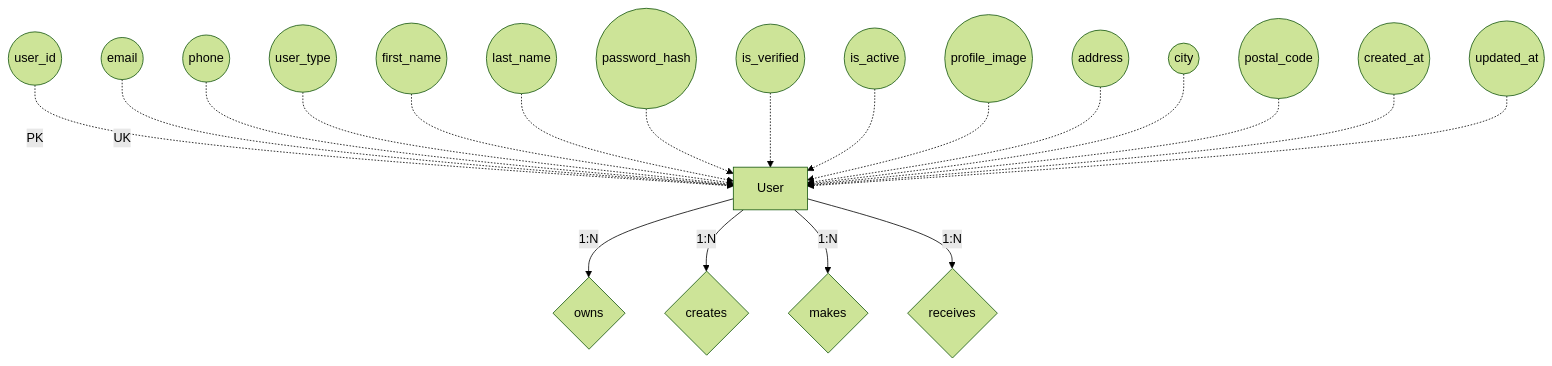
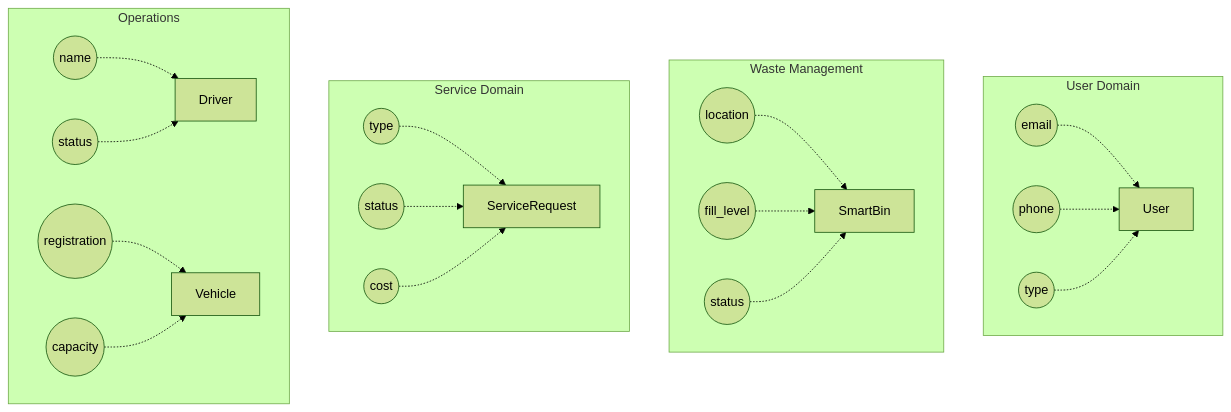
The third of 8 diagrams in documentation/wasgo-erd.md (Ellis-Ayikwei/waste-wise), drawn with Mermaid (forest theme) before and after one commit. The commit also changed other lines of this file, not shown here.

Commit message:
Refactor ERD documentation to high-level conceptual view with simplified diagrams

````diff
--- a/documentation/wasgo-erd.md
+++ b/documentation/wasgo-erd.md
@@ -105,50 +163,54 @@
 ```mermaid
 graph TB
-    %% Entity
-    User[User]
+    %% USER DOMAIN
+    subgraph "User Domain"
+        User[User]
+        user_email((email))
+        user_phone((phone))
+        user_type((type))
+        
+        user_email -.-> User
+        user_phone -.-> User
+        user_type -.-> User
+    end
     
-    %% Attributes (Ovals)
-    user_id((user_id))
-    email((email))
-    phone((phone))
-    user_type((user_type))
-    first_name((first_name))
-    last_name((last_name))
-    password_hash((password_hash))
-    is_verified((is_verified))
-    is_active((is_active))
-    profile_image((profile_image))
-    address((address))
-    city((city))
-    postal_code((postal_code))
-    created_at((created_at))
-    updated_at((updated_at))
+    %% WASTE MANAGEMENT DOMAIN
+    subgraph "Waste Management"
+        SmartBin[SmartBin]
+        bin_location((location))
+        bin_fill((fill_level))
+        bin_status((status))
+        
+        bin_location -.-> SmartBin
+        bin_fill -.-> SmartBin
+        bin_status -.-> SmartBin
+    end
     
-    %% Primary Key (Underlined)
-    user_id -.->|PK| User
-    email -.->|UK| User
-    phone -.-> User
-    user_type -.-> User
-    first_name -.-> User
-    last_name -.-> User
-    password_hash -.-> User
-    is_verified -.-> User
-    is_active -.-> User
-    profile_image -.-> User
-    address -.-> User
-    city -.-> User
-    postal_code -.-> User
-    created_at -.-> User
-    updated_at -.-> User
+    %% SERVICE DOMAIN
+    subgraph "Service Domain"
+        ServiceRequest[ServiceRequest]
+        req_type((type))
+        req_status((status))
+        req_cost((cost))
+        
+        req_type -.-> ServiceRequest
+        req_status -.-> ServiceRequest
+        req_cost -.-> ServiceRequest
+    end
     
-    %% Relationships
-    owns{owns}
-    creates{creates}
-    makes{makes}
-    receives{receives}
-    
-    User -->|1:N| owns
-    User -->|1:N| creates
-    User -->|1:N| makes
-    User -->|1:N| receives
+    %% OPERATIONS DOMAIN
+    subgraph "Operations"
+        Driver[Driver]
+        driver_name((name))
+        driver_status((status))
+        
+        Vehicle[Vehicle]
+        vehicle_reg((registration))
+        vehicle_capacity((capacity))
+        
+        driver_name -.-> Driver
+        driver_status -.-> Driver
+        vehicle_reg -.-> Vehicle
+        vehicle_capacity -.-> Vehicle
+    end
 ```
````
